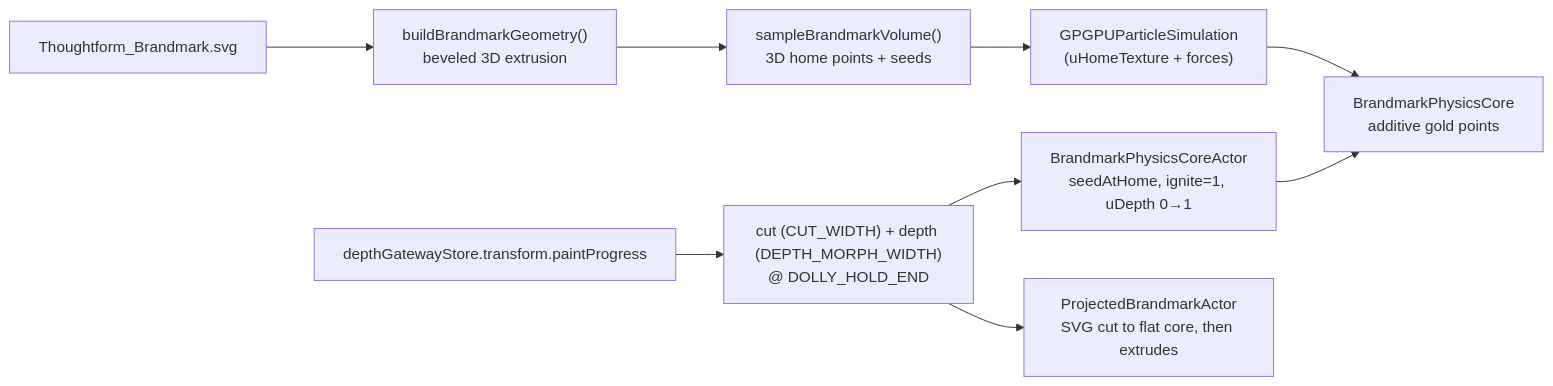
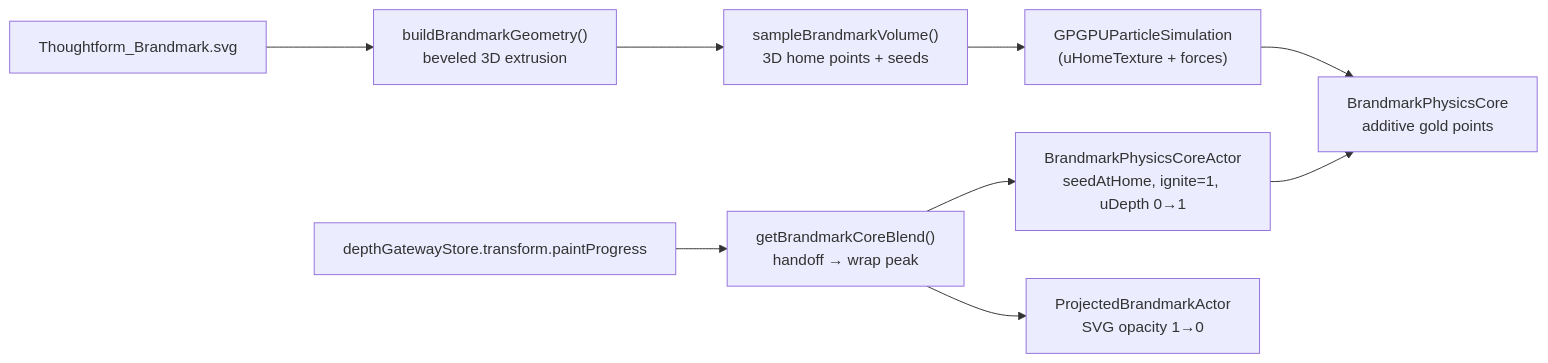
The diagram in sentinel/decisions/023-corridor-brandmark-physics-core.md (thoughtform-co/thoughtform), drawn with Mermaid before and after one commit. The commit also changed other lines of this file and 7 other files, not shown here.

Commit message:
Blend brandmark into particle core during wrap

````diff
--- a/sentinel/decisions/023-corridor-brandmark-physics-core.md
+++ b/sentinel/decisions/023-corridor-brandmark-physics-core.md
@@ -74,11 +76,11 @@
 ```mermaid
 flowchart LR
   svg["Thoughtform_Brandmark.svg"] --> geo["buildBrandmarkGeometry()<br/>beveled 3D extrusion"]
   geo --> samp["sampleBrandmarkVolume()<br/>3D home points + seeds"]
   samp --> sim["GPGPUParticleSimulation<br/>(uHomeTexture + forces)"]
   sim --> core["BrandmarkPhysicsCore<br/>additive gold points"]
-  store["depthGatewayStore.transform.paintProgress"] --> gate["cut (CUT_WIDTH) + depth (DEPTH_MORPH_WIDTH)<br/>@ DOLLY_HOLD_END"]
+  store["depthGatewayStore.transform.paintProgress"] --> gate["getBrandmarkCoreBlend()<br/>handoff → wrap peak"]
   gate --> actor["BrandmarkPhysicsCoreActor<br/>seedAtHome, ignite=1, uDepth 0→1"]
   actor --> core
-  gate --> svgactor["ProjectedBrandmarkActor<br/>SVG cut to flat core, then extrudes"]
+  gate --> svgactor["ProjectedBrandmarkActor<br/>SVG opacity 1→0"]
 ```
````
